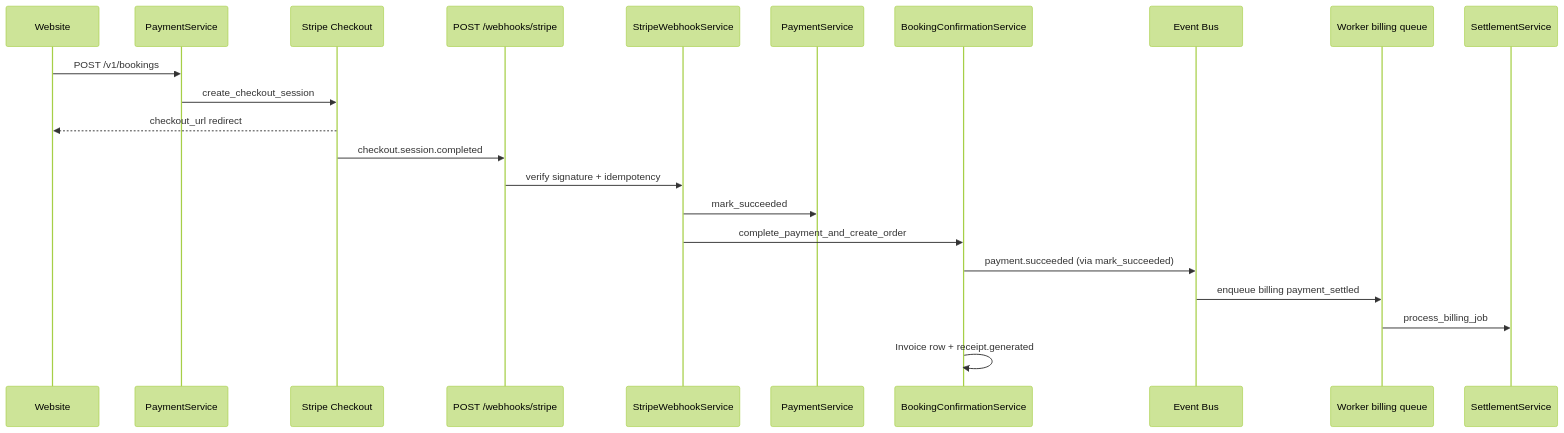
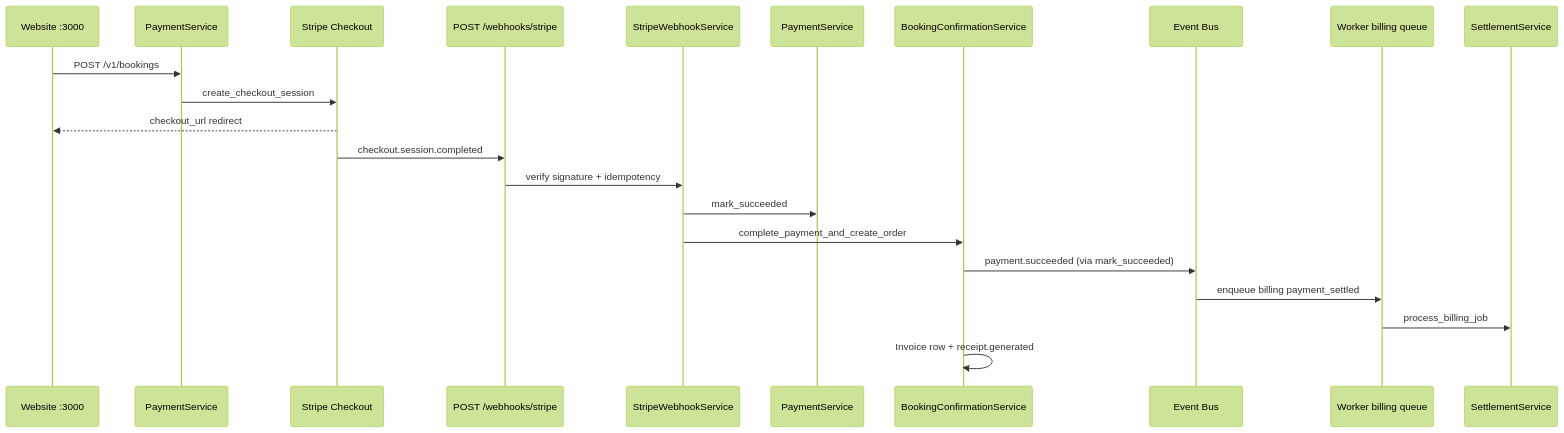
One commit to PORTERCHAIN-INC/PCD changed the diagram in docs/architecture/PAYMENT_FLOW.md. Above: the diagram before and after it, drawn with Mermaid (forest theme). The commit also changed other lines of this file and 453 other files, not shown here.

````diff
--- a/docs/architecture/PAYMENT_FLOW.md
+++ b/docs/architecture/PAYMENT_FLOW.md
@@ -33,25 +42,25 @@
 ```mermaid
 sequenceDiagram
-  participant UI as Website
+  participant UI as Website :3000
   participant API as PaymentService
   participant Stripe as Stripe Checkout
   participant WH as POST /webhooks/stripe
   participant SWS as StripeWebhookService
   participant PS as PaymentService
   participant CF as BookingConfirmationService
   participant Bus as Event Bus
   participant W as Worker billing queue
   participant BLE as SettlementService
 
   UI->>API: POST /v1/bookings
   API->>Stripe: create_checkout_session
   Stripe-->>UI: checkout_url redirect
   Stripe->>WH: checkout.session.completed
   WH->>SWS: verify signature + idempotency
   SWS->>PS: mark_succeeded
   SWS->>CF: complete_payment_and_create_order
   CF->>Bus: payment.succeeded (via mark_succeeded)
   Bus->>W: enqueue billing payment_settled
   W->>BLE: process_billing_job
   CF->>CF: Invoice row + receipt.generated
 ```
````
